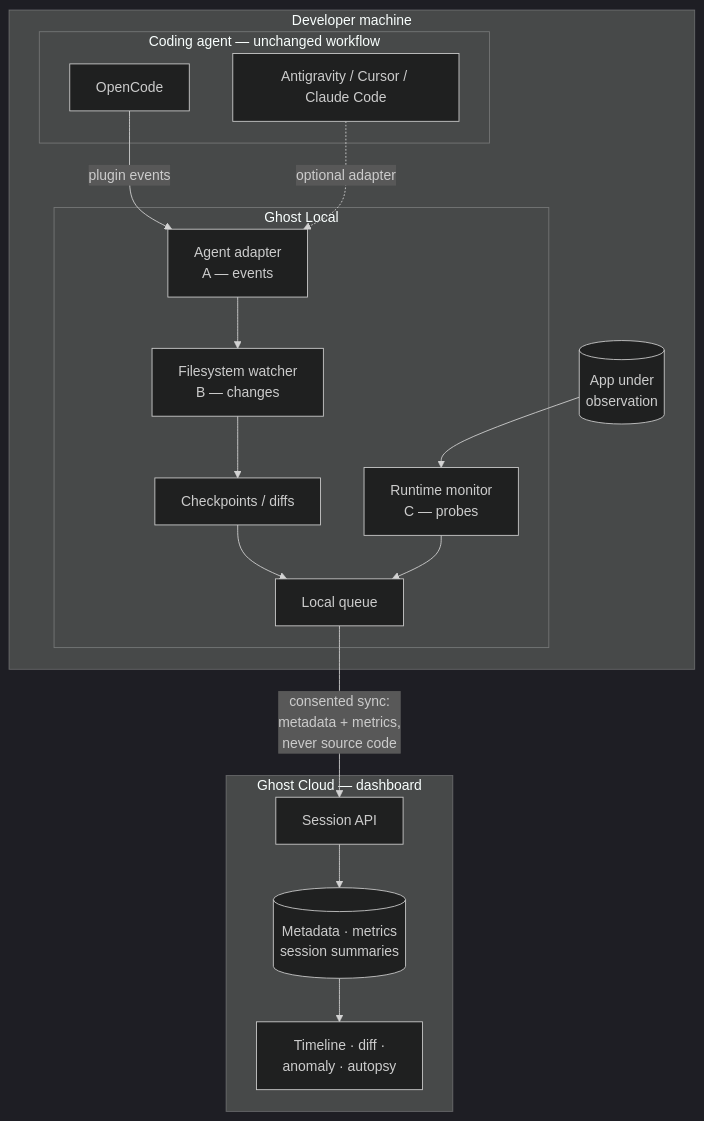
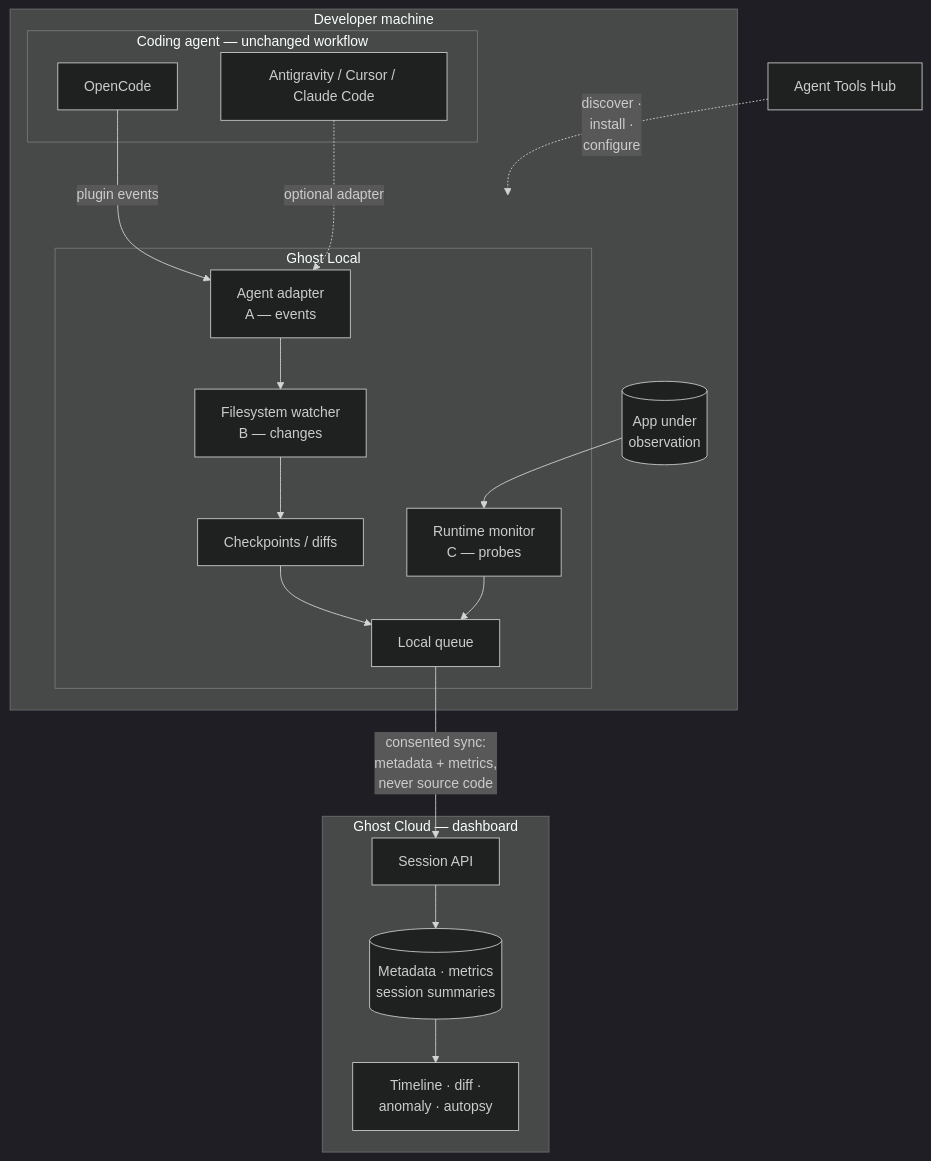
One commit to arko33/ghostinthecodebase changed the third of 4 diagrams in README.md. Above: the diagram before and after it, drawn with Mermaid (dark theme). The commit also changed other lines of this file, not shown here.

Commit message:
docs: align README with hybrid architecture - device pairing, Agent Tools Hub, full sync policy table, mode B/C-first layering

````diff
--- a/README.md
+++ b/README.md
@@ -145,29 +145,30 @@
 ```mermaid
 flowchart TB
     subgraph DEV[Developer machine]
         subgraph AGENT[Coding agent — unchanged workflow]
             OC[OpenCode]
             AG[Antigravity / Cursor / Claude Code]
         end
         subgraph GHOSTLOCAL[Ghost Local]
             AD[Agent adapter<br/>A — events]
             FW[Filesystem watcher<br/>B — changes]
             SG[Checkpoints / diffs]
             RM[Runtime monitor<br/>C — probes]
             LQ[Local queue]
         end
         APP[(App under<br/>observation)]
     end
     subgraph GHOSTCLOUD[Ghost Cloud — dashboard]
         API[Session API]
         DB[(Metadata · metrics<br/>session summaries)]
         UI[Timeline · diff ·<br/>anomaly · autopsy]
     end
     OC -->|plugin events| AD
     AG -.->|optional adapter| AD
     AD --> FW
     FW --> SG --> LQ
     RM --> LQ
     APP --> RM
     LQ -->|consented sync:<br/>metadata + metrics,<br/>never source code| API --> DB --> UI
+    HUB[Agent Tools Hub] -.->|discover ·<br/>install ·<br/>configure| GHOSTLOCAL
 ```
````
